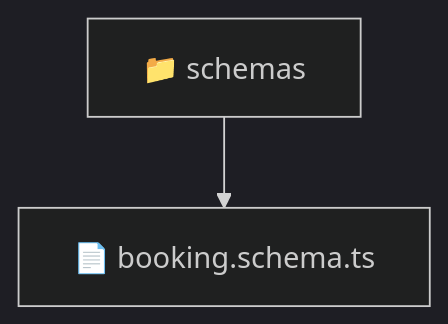
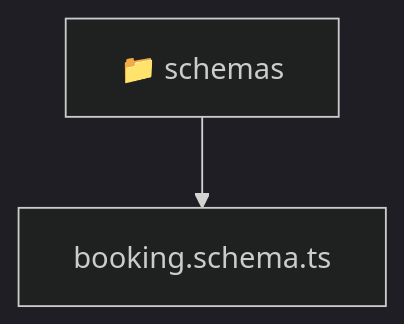
The diagram in backend/src/modules/booking/infrastructure/schemas/README.md (beginwebdev2002/fullstack-mavluda), drawn with Mermaid (dark theme) before and after one commit. The commit also changed other lines of this file and 167 other files, not shown here.

````diff
--- a/backend/src/modules/booking/infrastructure/schemas/README.md
+++ b/backend/src/modules/booking/infrastructure/schemas/README.md
@@ -9,5 +9,6 @@
 ```mermaid
 graph TD
-  Root["📁 schemas"]
-  Root --> booking_schema_ts["📄 booking.schema.ts"]
+  Root_schemas["📁 schemas"]
+  f_booking_schema_ts["booking.schema.ts"]
+  Root_schemas --> f_booking_schema_ts
 ```
````
